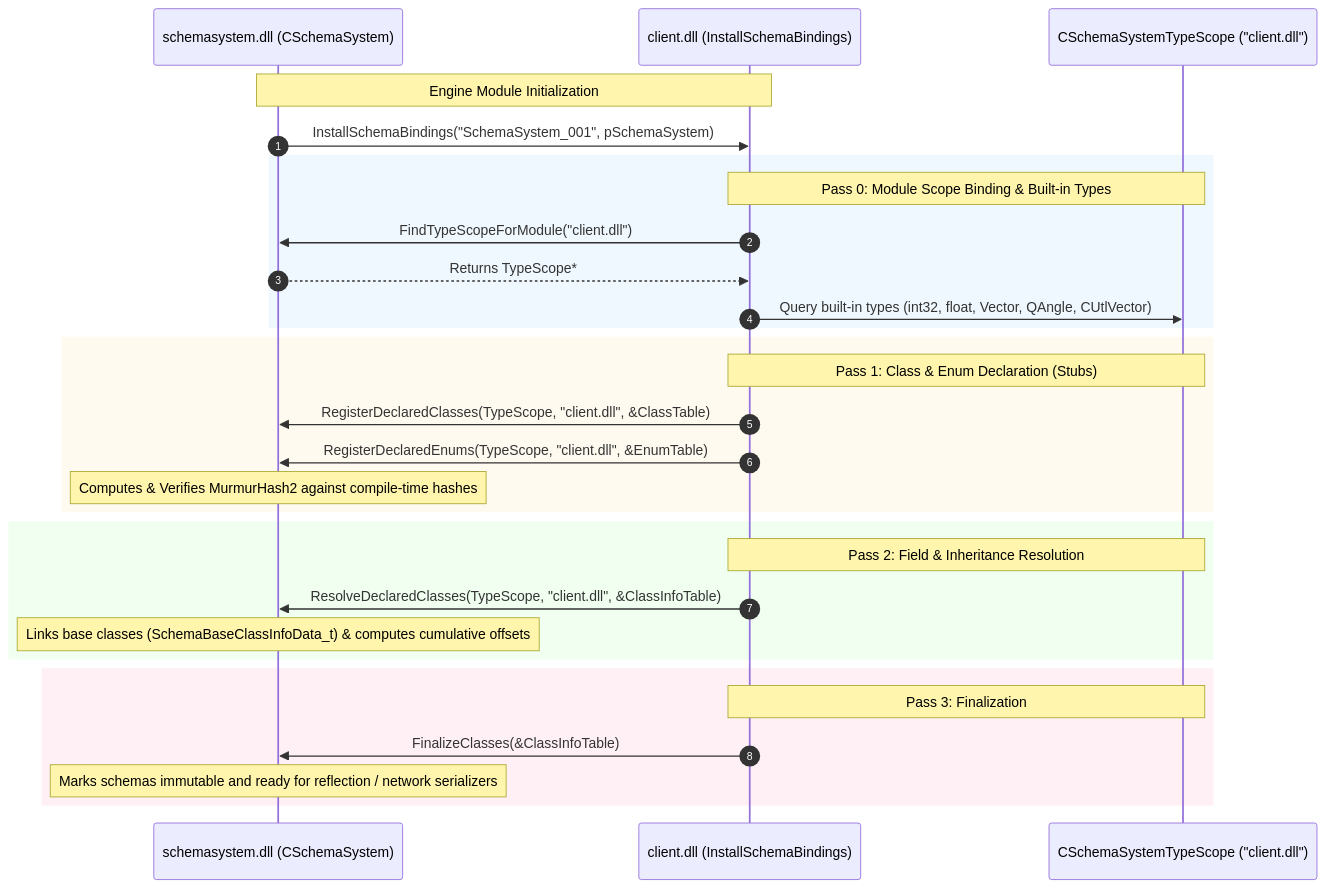
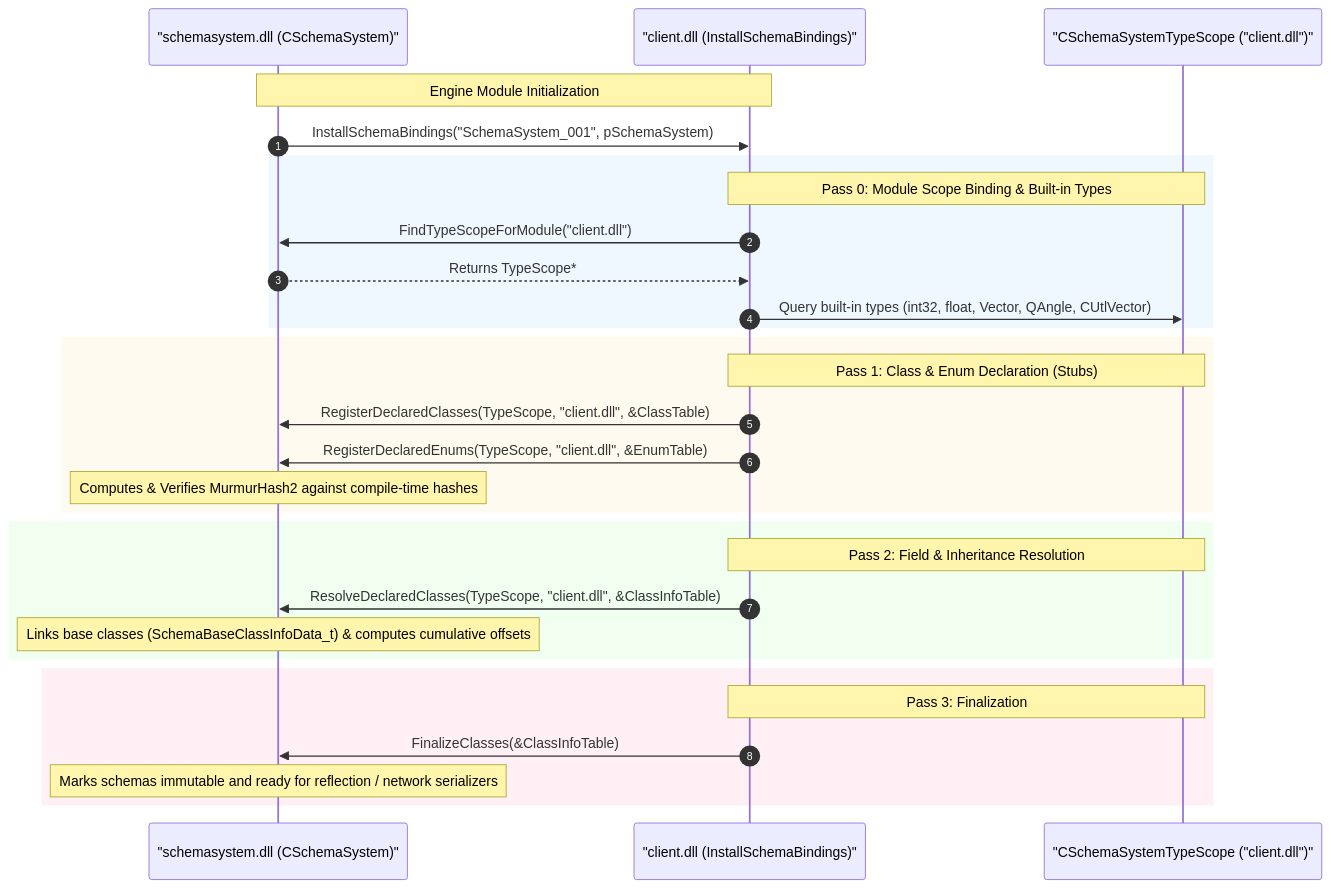
Before and after one commit to Hanzkii/cs2-reverse: the second of 2 diagrams in docs/04_schemasystem_runtime_reflection.md, drawn with Mermaid. The commit also changed 17 other files, not shown here.

Commit message:
fix(docs): quote Mermaid sequence diagram participant labels across all documentation

````diff
--- a/docs/04_schemasystem_runtime_reflection.md
+++ b/docs/04_schemasystem_runtime_reflection.md
@@ -58,36 +58,36 @@
 ```mermaid
 sequenceDiagram
     autonumber
-    participant SchemaSystem as schemasystem.dll (CSchemaSystem)
-    participant Module as client.dll (InstallSchemaBindings)
-    participant TypeScope as CSchemaSystemTypeScope ("client.dll")
+    participant SchemaSystem as "schemasystem.dll (CSchemaSystem)"
+    participant Module as "client.dll (InstallSchemaBindings)"
+    participant TypeScope as "CSchemaSystemTypeScope ("client.dll")"
 
     Note over SchemaSystem,Module: Engine Module Initialization
     SchemaSystem->>Module: InstallSchemaBindings("SchemaSystem_001", pSchemaSystem)
     
     rect rgb(240, 248, 255)
     Note over Module,TypeScope: Pass 0: Module Scope Binding & Built-in Types
     Module->>SchemaSystem: FindTypeScopeForModule("client.dll")
     SchemaSystem-->>Module: Returns TypeScope*
     Module->>TypeScope: Query built-in types (int32, float, Vector, QAngle, CUtlVector)
     end
 
     rect rgb(255, 250, 240)
     Note over Module,TypeScope: Pass 1: Class & Enum Declaration (Stubs)
     Module->>SchemaSystem: RegisterDeclaredClasses(TypeScope, "client.dll", &ClassTable)
     Module->>SchemaSystem: RegisterDeclaredEnums(TypeScope, "client.dll", &EnumTable)
     Note over SchemaSystem: Computes & Verifies MurmurHash2 against compile-time hashes
     end
 
     rect rgb(240, 255, 240)
     Note over Module,TypeScope: Pass 2: Field & Inheritance Resolution
     Module->>SchemaSystem: ResolveDeclaredClasses(TypeScope, "client.dll", &ClassInfoTable)
     Note over SchemaSystem: Links base classes (SchemaBaseClassInfoData_t) & computes cumulative offsets
     end
 
     rect rgb(255, 240, 245)
     Note over Module,TypeScope: Pass 3: Finalization
     Module->>SchemaSystem: FinalizeClasses(&ClassInfoTable)
     Note over SchemaSystem: Marks schemas immutable and ready for reflection / network serializers
     end
 ```
````
